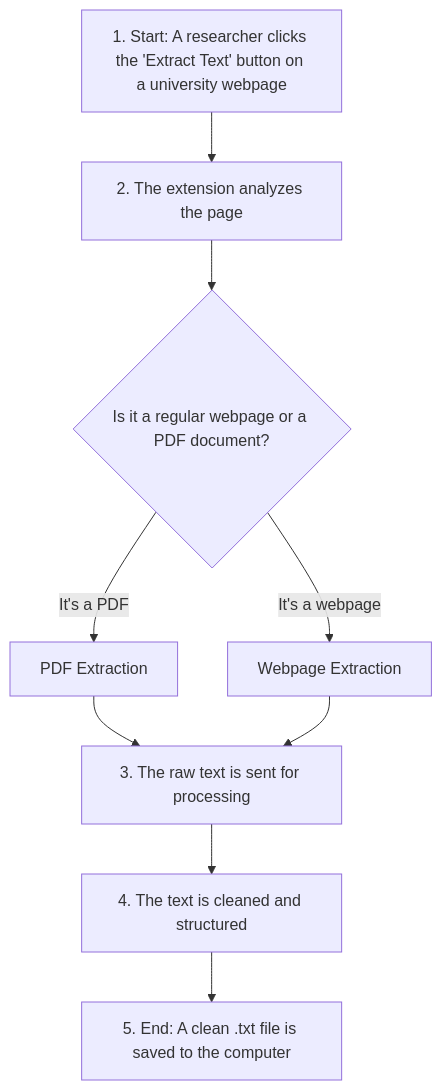
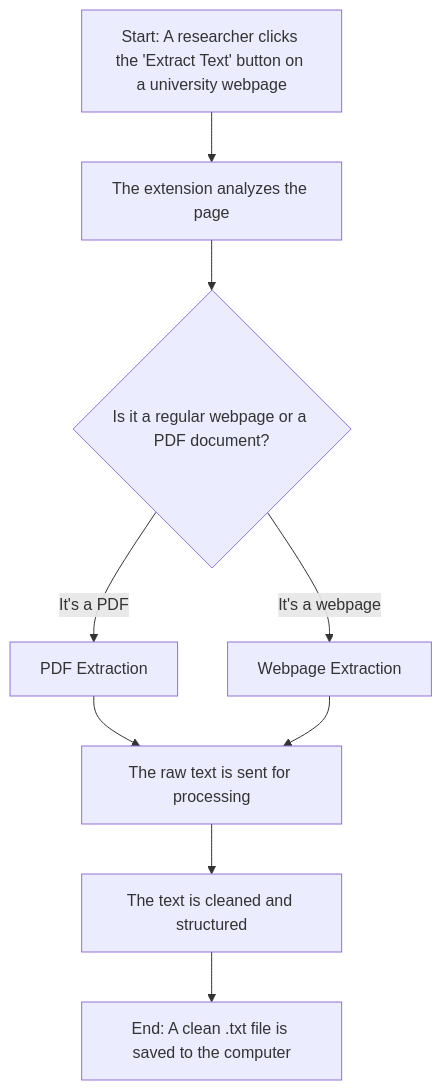
One commit to codermillat/WebScrape changed the diagram in docs/RESEARCH_PIPELINE.md. Above: the diagram before and after it, drawn with Mermaid.

````diff
--- a/docs/RESEARCH_PIPELINE.md
+++ b/docs/RESEARCH_PIPELINE.md
@@ -13,11 +13,11 @@
 ```mermaid
 graph TD
-    A["1. Start: A researcher clicks the 'Extract Text' button on a university webpage"] --> B["2. The extension analyzes the page"];
+    A["Start: A researcher clicks the 'Extract Text' button on a university webpage"] --> B["The extension analyzes the page"];
     B --> C{"Is it a regular webpage or a PDF document?"};
     C --> |"It's a PDF"| D["PDF Extraction"];
     C --> |"It's a webpage"| E["Webpage Extraction"];
-    D --> F["3. The raw text is sent for processing"];
+    D --> F["The raw text is sent for processing"];
     E --> F;
-    F --> G["4. The text is cleaned and structured"];
-    G --> H["5. End: A clean .txt file is saved to the computer"];
+    F --> G["The text is cleaned and structured"];
+    G --> H["End: A clean .txt file is saved to the computer"];
 ```
````
